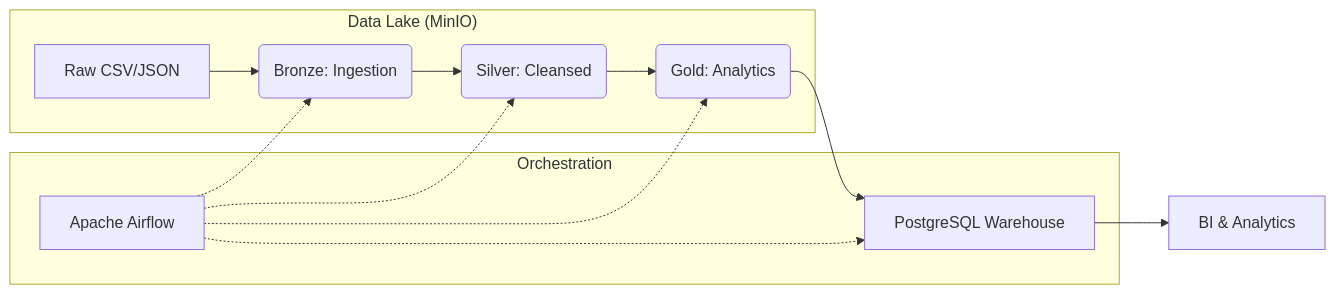
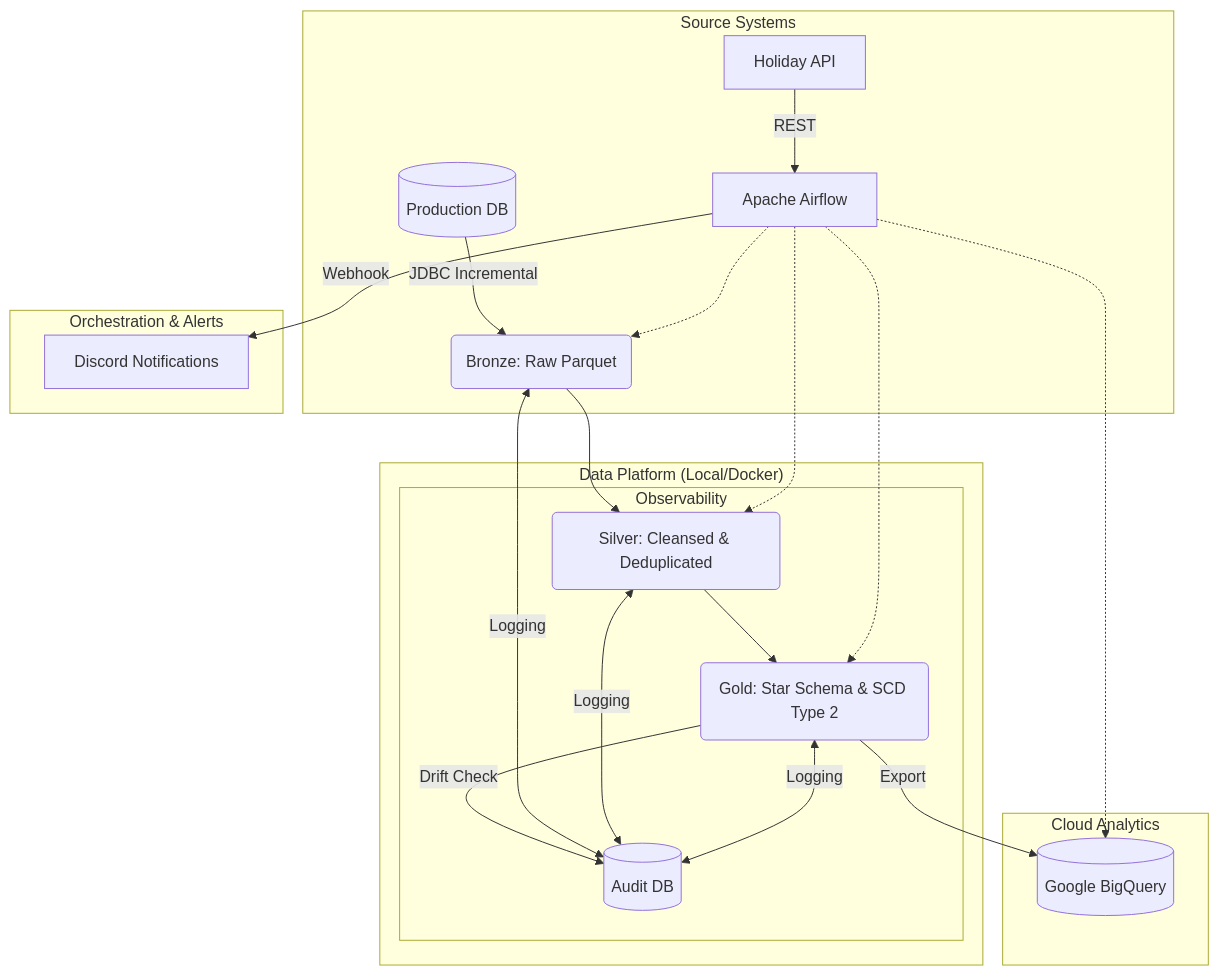
Before and after one commit to anabxathag/MedallionArchitectChallengeProject: the diagram in README.md, drawn with Mermaid. The commit also changed other lines of this file and 18 other files, not shown here.

Commit message:
feat: implement pipeline infrastructure with source database seeding, schema definitions, and enhanced Spark job configuration

````diff
--- a/README.md
+++ b/README.md
@@ -11,17 +11,31 @@
 ```mermaid
-graph LR
-    subgraph "Data Lake (MinIO)"
-        A[Raw CSV/JSON] --> B(Bronze: Ingestion)
-        B --> C(Silver: Cleansed)
-        C --> D(Gold: Analytics)
+graph TD
+    subgraph "Source Systems"
+        S1[(Production DB)] --> |JDBC Incremental| B
+        S2[Holiday API] --> |REST| G
     end
-    D --> E[PostgreSQL Warehouse]
-    E --> F[BI & Analytics]
-    
-    subgraph "Orchestration"
+
+    subgraph "Data Platform (Local/Docker)"
+        B(Bronze: Raw Parquet) --> C(Silver: Cleansed & Deduplicated)
+        C --> D(Gold: Star Schema & SCD Type 2)
+        
+        subgraph "Observability"
+            Audit[(Audit DB)] <--> |Logging| B
+            Audit <--> |Logging| C
+            Audit <--> |Logging| D
+            D --> |Drift Check| Audit
+        end
+    end
+
+    subgraph "Cloud Analytics"
+        D --> |Export| BQ[(Google BigQuery)]
+    end
+
+    subgraph "Orchestration & Alerts"
         G[Apache Airflow] -.-> B
         G -.-> C
         G -.-> D
-        G -.-> E
+        G -.-> BQ
+        G --> |Webhook| DS[Discord Notifications]
     end
 ```
````
